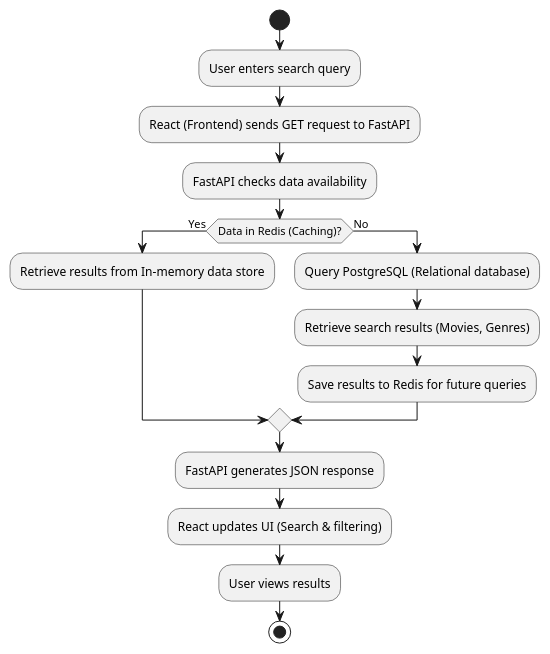
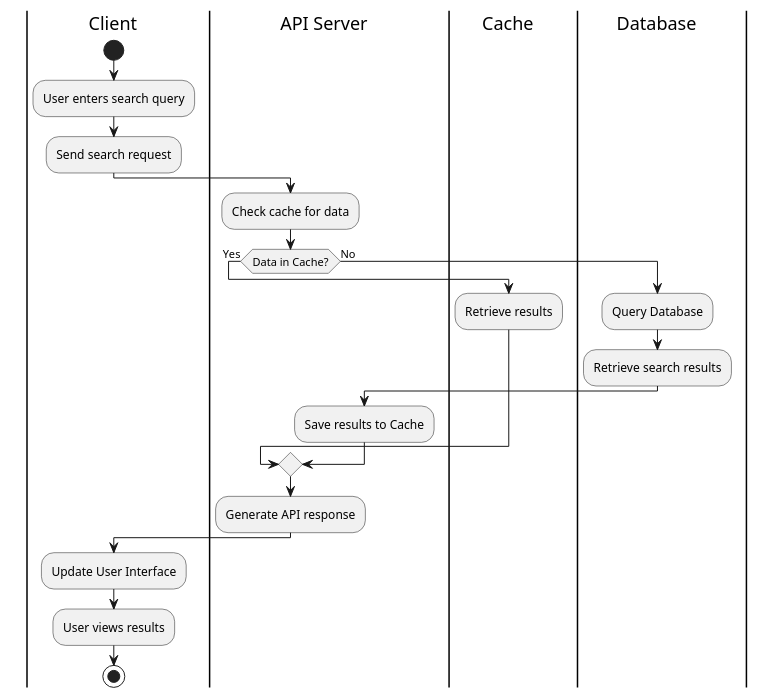
The diagram in docs/architecture/uml/activity-diagram.puml (ukma-fin-ssdm-2026/ctrl-alt-defeat), drawn with PlantUML before and after one commit.

Commit message:
Refactor activity diagram for search process
Refactor activity diagram for search process

[AI-assisted]

```diff
--- a/docs/architecture/uml/activity-diagram.puml
+++ b/docs/architecture/uml/activity-diagram.puml
@@ -1,21 +1,32 @@
 @startuml
+skinparam swimlaneWidth same
+
+|Client|
 start
+:User enters search query;
+:Send search request;
 
-:User enters search query;
-:React (Frontend) sends GET request to FastAPI;
+|API Server|
+:Check cache for data;
 
-:FastAPI checks data availability;
-if (Data in Redis (Caching)?) then (Yes)
-  :Retrieve results from In-memory data store;
+if (Data in Cache?) then (Yes)
+  |Cache|
+  :Retrieve results;
 else (No)
-  :Query PostgreSQL (Relational database);
-  :Retrieve search results (Movies, Genres);
-  :Save results to Redis for future queries;
+  |Database|
+  :Query Database;
+  :Retrieve search results;
+  
+  |API Server|
+  :Save results to Cache;
 endif
 
-:FastAPI generates JSON response;
-:React updates UI (Search & filtering);
+|API Server|
+:Generate API response;
+
+|Client|
+:Update User Interface;
 :User views results;
 
 stop
 @enduml
```
